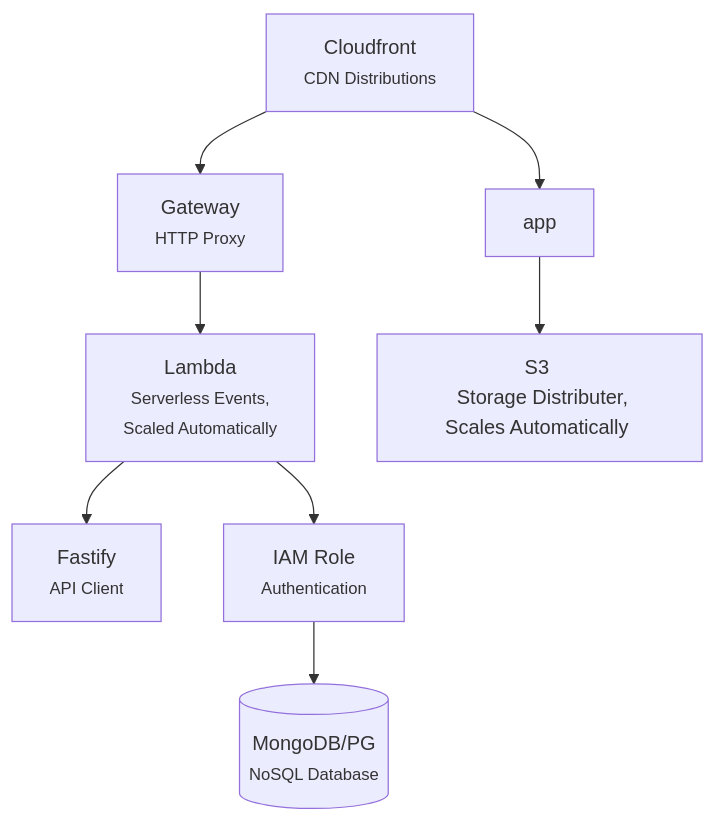
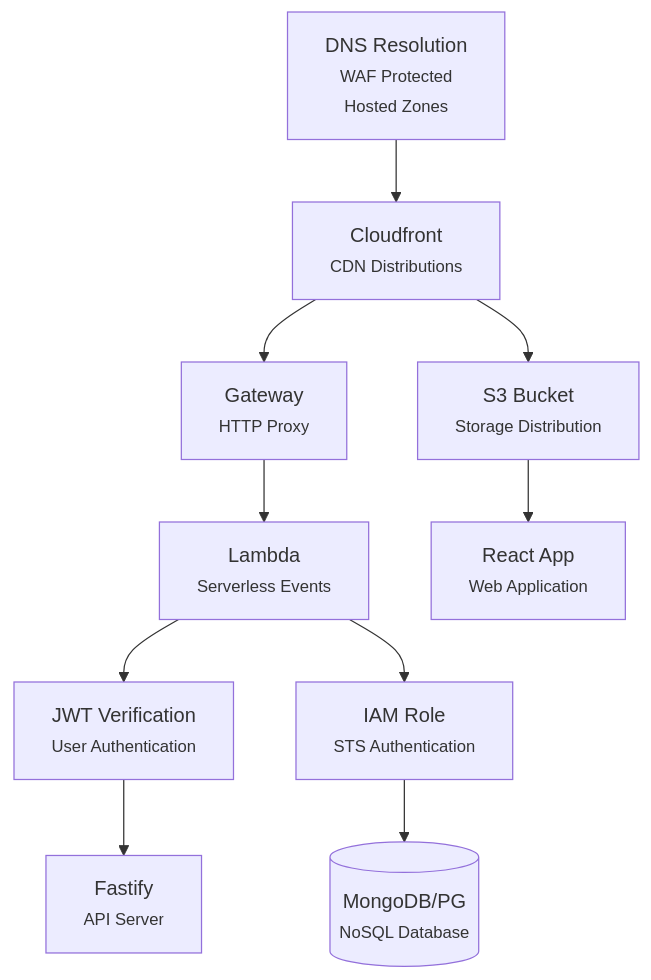
Before and after one commit to MatanGbr/fnx: the diagram in README.md, drawn with Mermaid. The commit also changed other lines of this file, not shown here.

````diff
--- a/README.md
+++ b/README.md
@@ -3,20 +50,37 @@
 ```mermaid
-
+  
 flowchart
 
-cf --> gw --> lambda --> api
-cf --> app --> s3
-lambda  --> role --> db 
+  
 
-cf["Cloudfront <br/> <span style='font-size:smaller'> CDN Distributions </span>"]
+dns  --> cf
 
-api["Fastify <br/> <span style='font-size:smaller'> API Client </span>"]
-lambda["Lambda <br/> <span style='font-size:smaller'> Serverless Events,<br>Scaled Automatically </span>"]
-gw["Gateway <br/> <span style='font-size:smaller'> HTTP Proxy </span>"]
+cf  --> gw  --> lambda  --> auth  --> api
+
+cf  --> s3  --> app
+
+lambda  --> role  --> db
+
+  
+  
+
+dns["DNS  Resolution<br/> <span  style='font-size:smaller'>WAF  Protected<br/>Hosted  Zones </span>"]
+
+cf["Cloudfront <br/> <span  style='font-size:smaller'> CDN  Distributions </span>"]
+
+api["Fastify <br/> <span  style='font-size:smaller'> API  Server </span>"]
+
+lambda["Lambda <br/> <span  style='font-size:smaller'> Serverless  Events"]
+
+auth["JWT  Verification <br/> <span  style='font-size:smaller'> User  Authentication"]
+
+gw["Gateway <br/> <span  style='font-size:smaller'> HTTP  Proxy </span>"]
+
 db[("MongoDB/PG <br/> <span style='font-size:smaller'> NoSQL Database </span>")]
-role["IAM Role <br/> <span style='font-size:smaller'> Authentication </span>"]
 
-app
-s3["S3 <br/> <span style='fontsize:smaller'> Storage Distributer, Scales Automatically </span>"]
+role["IAM  Role <br/> <span  style='font-size:smaller'> STS  Authentication </span>"]
 
+s3["S3  Bucket<br/> <span  style='font-size:smaller'> Storage  Distribution </span>"]
+
+app["React  App<br/> <span  style='font-size:smaller'> Web  Application </span>"]
 ```
````
